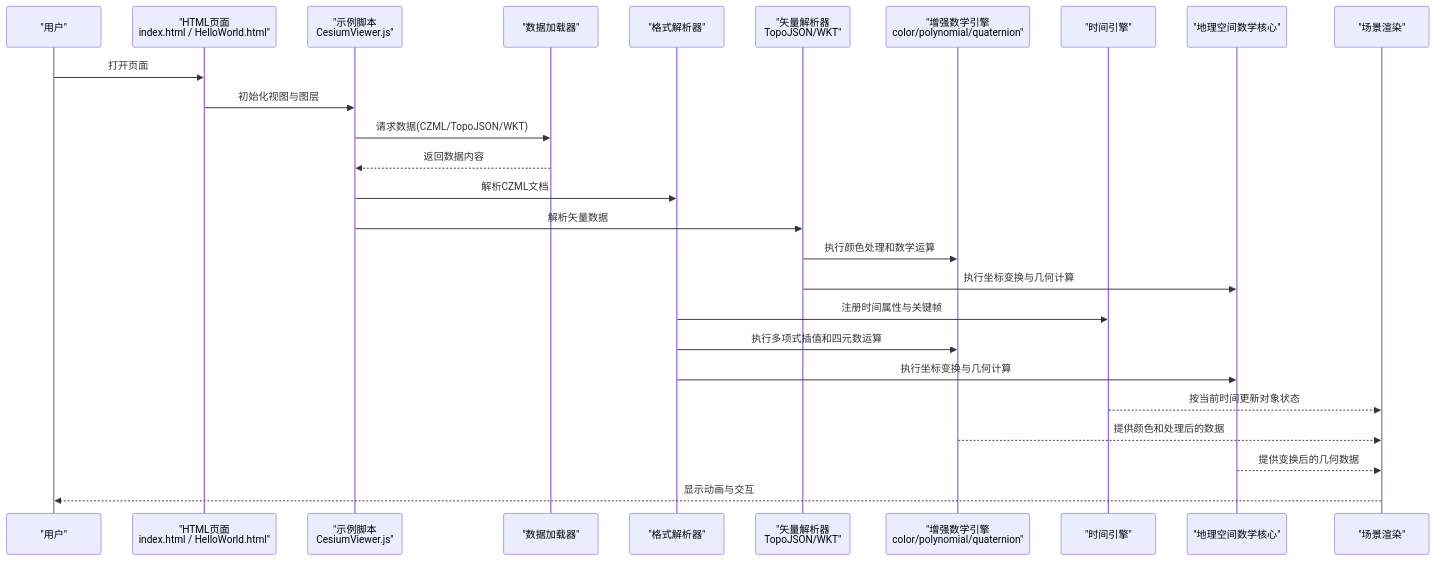
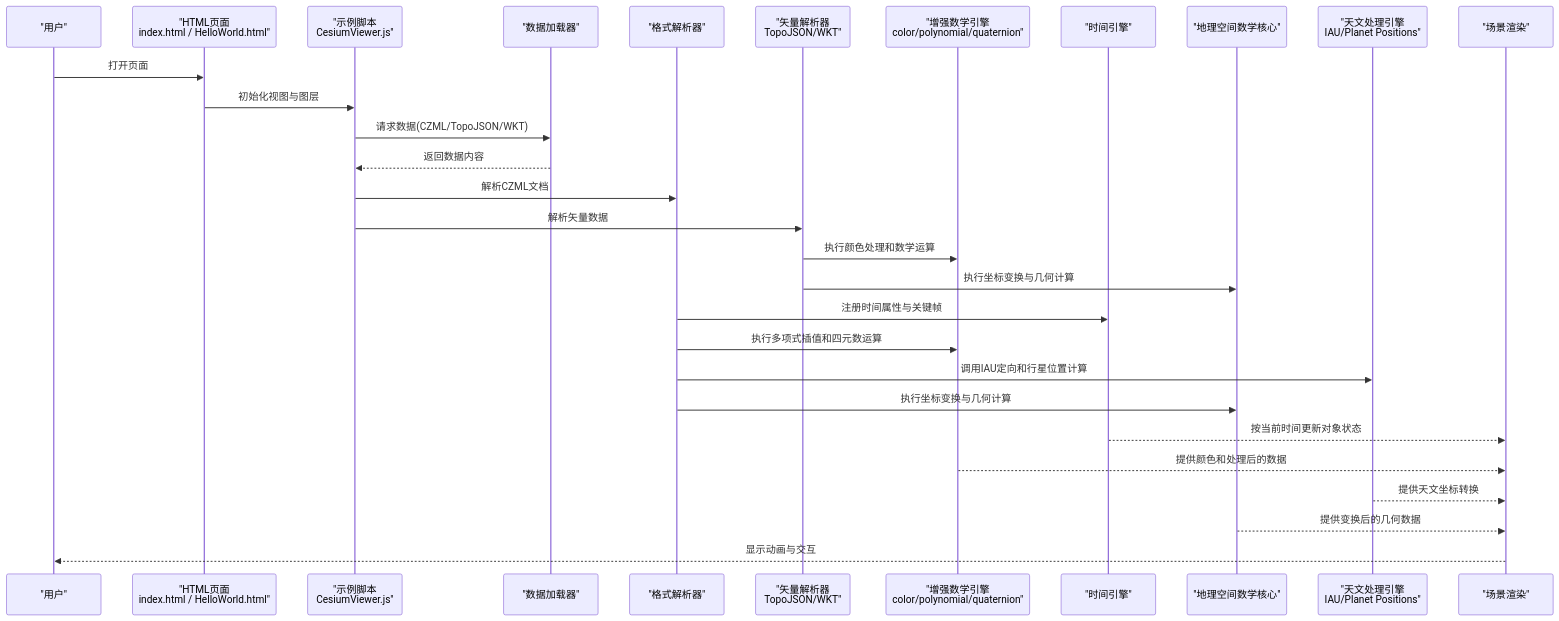
Before and after one commit to rzhangjing/cesium: the second of 13 diagrams in .qoder/repowiki/zh/content/项目概述/核心特性/地理空间数据处理/地理空间数据处理.md, drawn with Mermaid. The commit also changed other lines of this file and 90 other files, not shown here.

````diff
--- a/.qoder/repowiki/zh/content/项目概述/核心特性/地理空间数据处理/地理空间数据处理.md
+++ b/.qoder/repowiki/zh/content/项目概述/核心特性/地理空间数据处理/地理空间数据处理.md
@@ -156,28 +162,31 @@
 ```mermaid
 sequenceDiagram
 participant U as "用户"
 participant HTML as "HTML页面<br/>index.html / HelloWorld.html"
 participant JS as "示例脚本<br/>CesiumViewer.js"
 participant Loader as "数据加载器"
 participant Parser as "格式解析器"
 participant VectorParser as "矢量解析器<br/>TopoJSON/WKT"
 participant MathEngine as "增强数学引擎<br/>color/polynomial/quaternion"
 participant Time as "时间引擎"
 participant GeoMath as "地理空间数学核心"
+participant AstroEngine as "天文处理引擎<br/>IAU/Planet Positions"
 participant Scene as "场景渲染"
 U->>HTML : 打开页面
 HTML->>JS : 初始化视图与图层
 JS->>Loader : 请求数据(CZML/TopoJSON/WKT)
 Loader-->>JS : 返回数据内容
 JS->>Parser : 解析CZML文档
 JS->>VectorParser : 解析矢量数据
 VectorParser->>MathEngine : 执行颜色处理和数学运算
 VectorParser->>GeoMath : 执行坐标变换与几何计算
 Parser->>Time : 注册时间属性与关键帧
 Parser->>MathEngine : 执行多项式插值和四元数运算
+Parser->>AstroEngine : 调用IAU定向和行星位置计算
 Parser->>GeoMath : 执行坐标变换与几何计算
 Time-->>Scene : 按当前时间更新对象状态
 MathEngine-->>Scene : 提供颜色和处理后的数据
+AstroEngine-->>Scene : 提供天文坐标转换
 GeoMath-->>Scene : 提供变换后的几何数据
 Scene-->>U : 显示动画与交互
 ```
````
